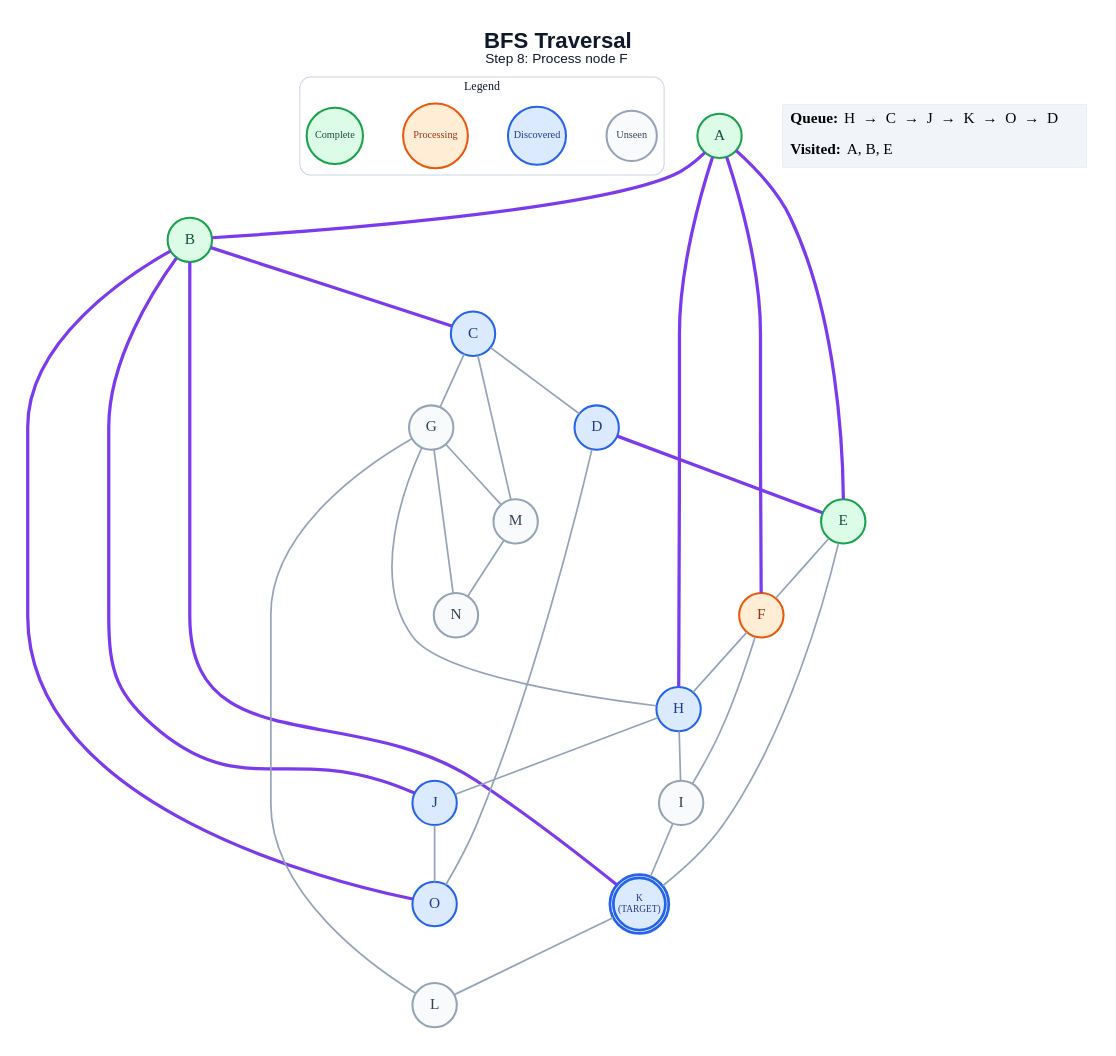
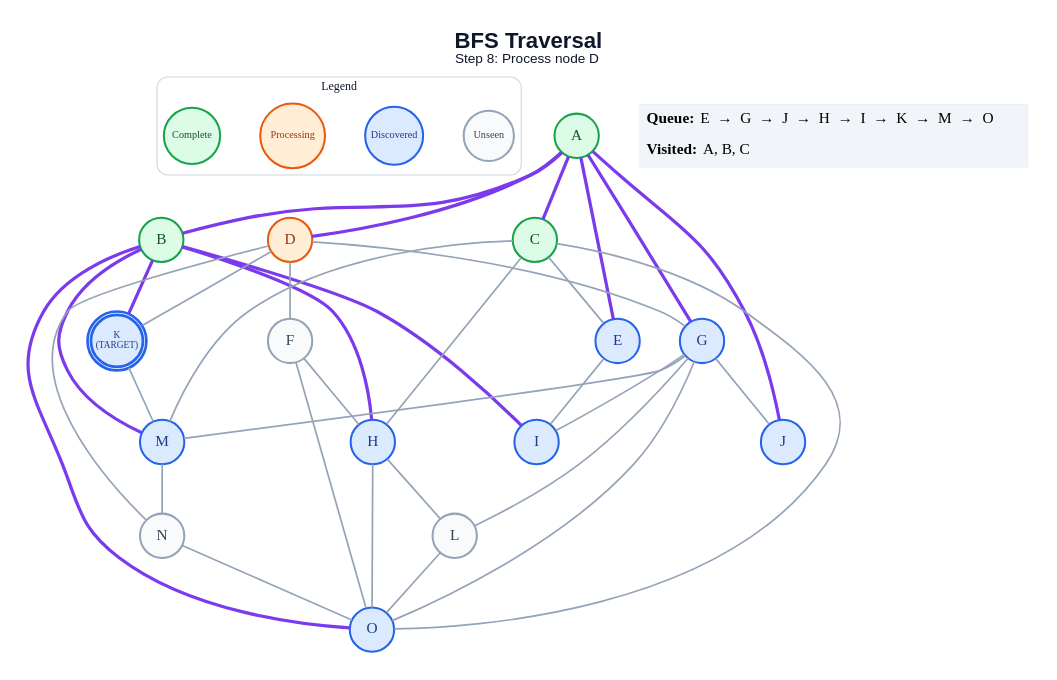
The diagram in generated/bfs/step_08.dot (anon7238593-create/ai-slop), drawn with Graphviz before and after one commit. The commit also changed 209 other files, not shown here.

```diff
--- a/generated/bfs/step_08.dot
+++ b/generated/bfs/step_08.dot
@@ -1,61 +1,67 @@
 graph traversal {
   graph [layout=dot, rankdir=TB, bgcolor="#FFFFFF", pad="0.35", nodesep="0.65", ranksep="0.8", fontname="Arial"];
   node [shape=circle, style="filled", fontname="Arial Bold", fontsize=18, width=0.72, fixedsize=true, penwidth=2.4];
   edge [color="#94A3B8", penwidth=2.0];
-  label=<<B>BFS Traversal</B><BR/><FONT POINT-SIZE="16">Step 8: Process node F</FONT>>; labelloc="t"; fontsize=26; fontname="Arial"; fontcolor="#0F172A";
+  label=<<B>BFS Traversal</B><BR/><FONT POINT-SIZE="16">Step 8: Process node D</FONT>>; labelloc="t"; fontsize=26; fontname="Arial"; fontcolor="#0F172A";
   subgraph cluster_legend { label="Legend"; color="#CBD5E1"; penwidth=1.2; style="rounded"; fontsize=14; fontname="Arial Bold";
     key_unseen [label="Unseen", fillcolor="#F8FAFC", color="#94A3B8", fontcolor="#334155", fontsize=12, width=0.82];
     key_frontier [label="Discovered", fillcolor="#DBEAFE", color="#2563EB", fontcolor="#1E3A8A", fontsize=12, width=0.95];
     key_current [label="Processing", fillcolor="#FFEDD5", color="#EA580C", fontcolor="#9A3412", fontsize=12, width=1.05];
     key_done [label="Complete", fillcolor="#DCFCE7", color="#16A34A", fontcolor="#14532D", fontsize=12, width=0.92];
     { rank=same; key_unseen; key_frontier; key_current; key_done; }
   }
   A [label="A", fillcolor="#DCFCE7", color="#16A34A", fontcolor="#14532D", peripheries=1, penwidth=2.4];
   B [label="B", fillcolor="#DCFCE7", color="#16A34A", fontcolor="#14532D", peripheries=1, penwidth=2.4];
-  C [label="C", fillcolor="#DBEAFE", color="#2563EB", fontcolor="#1E3A8A", peripheries=1, penwidth=2.4];
-  D [label="D", fillcolor="#DBEAFE", color="#2563EB", fontcolor="#1E3A8A", peripheries=1, penwidth=2.4];
-  E [label="E", fillcolor="#DCFCE7", color="#16A34A", fontcolor="#14532D", peripheries=1, penwidth=2.4];
-  F [label="F", fillcolor="#FFEDD5", color="#EA580C", fontcolor="#9A3412", peripheries=1, penwidth=2.4];
-  G [label="G", fillcolor="#F8FAFC", color="#94A3B8", fontcolor="#334155", peripheries=1, penwidth=2.4];
+  C [label="C", fillcolor="#DCFCE7", color="#16A34A", fontcolor="#14532D", peripheries=1, penwidth=2.4];
+  D [label="D", fillcolor="#FFEDD5", color="#EA580C", fontcolor="#9A3412", peripheries=1, penwidth=2.4];
+  E [label="E", fillcolor="#DBEAFE", color="#2563EB", fontcolor="#1E3A8A", peripheries=1, penwidth=2.4];
+  F [label="F", fillcolor="#F8FAFC", color="#94A3B8", fontcolor="#334155", peripheries=1, penwidth=2.4];
+  G [label="G", fillcolor="#DBEAFE", color="#2563EB", fontcolor="#1E3A8A", peripheries=1, penwidth=2.4];
   H [label="H", fillcolor="#DBEAFE", color="#2563EB", fontcolor="#1E3A8A", peripheries=1, penwidth=2.4];
-  I [label="I", fillcolor="#F8FAFC", color="#94A3B8", fontcolor="#334155", peripheries=1, penwidth=2.4];
+  I [label="I", fillcolor="#DBEAFE", color="#2563EB", fontcolor="#1E3A8A", peripheries=1, penwidth=2.4];
   J [label="J", fillcolor="#DBEAFE", color="#2563EB", fontcolor="#1E3A8A", peripheries=1, penwidth=2.4];
   K [label="K\n(TARGET)", fillcolor="#DBEAFE", color="#2563EB", fontcolor="#1E3A8A", peripheries=2, penwidth=3.2, fontsize=11, width=0.85, height=0.85];
   L [label="L", fillcolor="#F8FAFC", color="#94A3B8", fontcolor="#334155", peripheries=1, penwidth=2.4];
-  M [label="M", fillcolor="#F8FAFC", color="#94A3B8", fontcolor="#334155", peripheries=1, penwidth=2.4];
+  M [label="M", fillcolor="#DBEAFE", color="#2563EB", fontcolor="#1E3A8A", peripheries=1, penwidth=2.4];
   N [label="N", fillcolor="#F8FAFC", color="#94A3B8", fontcolor="#334155", peripheries=1, penwidth=2.4];
   O [label="O", fillcolor="#DBEAFE", color="#2563EB", fontcolor="#1E3A8A", peripheries=1, penwidth=2.4];
   A -- B [color="#7C3AED", penwidth=3.8];
+  A -- C [color="#7C3AED", penwidth=3.8];
+  A -- D [color="#7C3AED", penwidth=3.8];
   A -- E [color="#7C3AED", penwidth=3.8];
-  A -- F [color="#7C3AED", penwidth=3.8];
-  A -- H [color="#7C3AED", penwidth=3.8];
-  B -- C [color="#7C3AED", penwidth=3.8];
-  B -- J [color="#7C3AED", penwidth=3.8];
+  A -- G [color="#7C3AED", penwidth=3.8];
+  A -- J [color="#7C3AED", penwidth=3.8];
+  B -- H [color="#7C3AED", penwidth=3.8];
+  B -- I [color="#7C3AED", penwidth=3.8];
   B -- K [color="#7C3AED", penwidth=3.8];
+  B -- M [color="#7C3AED", penwidth=3.8];
   B -- O [color="#7C3AED", penwidth=3.8];
-  C -- D;
-  C -- G;
+  C -- E;
+  C -- H;
   C -- M;
-  D -- E [color="#7C3AED", penwidth=3.8];
-  D -- O;
-  E -- F;
-  E -- K;
+  C -- O;
+  D -- F;
+  D -- G;
+  D -- K;
+  D -- N;
+  E -- I;
   F -- H;
-  F -- I;
-  G -- H;
+  F -- O;
+  G -- I;
+  G -- J;
   G -- L;
   G -- M;
-  G -- N;
-  H -- I;
-  H -- J;
-  I -- K;
-  J -- O;
-  K -- L;
+  G -- O;
+  H -- L;
+  H -- O;
+  K -- M;
+  L -- O;
   M -- N;
+  N -- O;
   status [shape=plain, fixedsize=false, width=0, height=0, margin=0, label=<
     <TABLE BORDER="0" CELLBORDER="0" CELLPADDING="7" BGCOLOR="#F1F5F9">
-      <TR><TD ALIGN="LEFT"><B>Queue:</B> H  →  C  →  J  →  K  →  O  →  D</TD></TR>
-      <TR><TD ALIGN="LEFT"><B>Visited:</B> A, B, E</TD></TR>
+      <TR><TD ALIGN="LEFT"><B>Queue:</B> E  →  G  →  J  →  H  →  I  →  K  →  M  →  O</TD></TR>
+      <TR><TD ALIGN="LEFT"><B>Visited:</B> A, B, C</TD></TR>
     </TABLE>
   >];
 }
```
